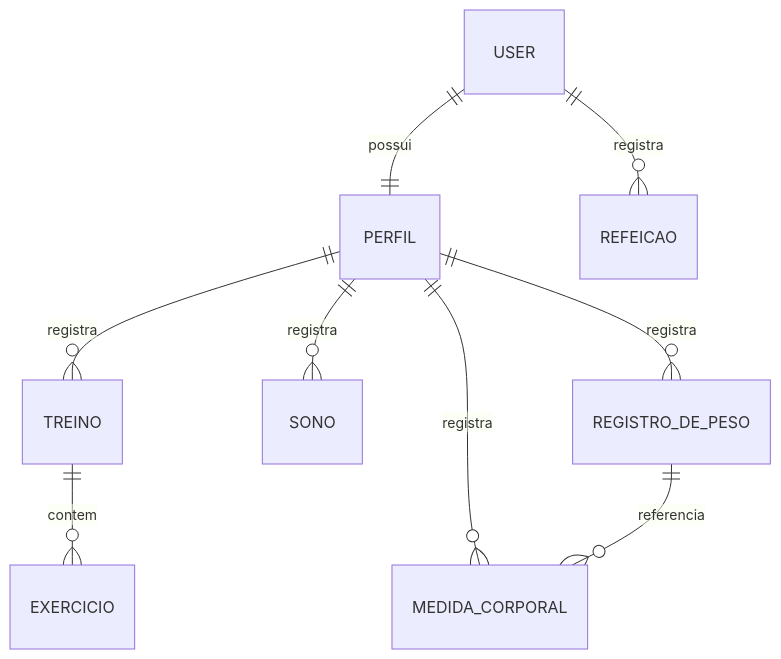
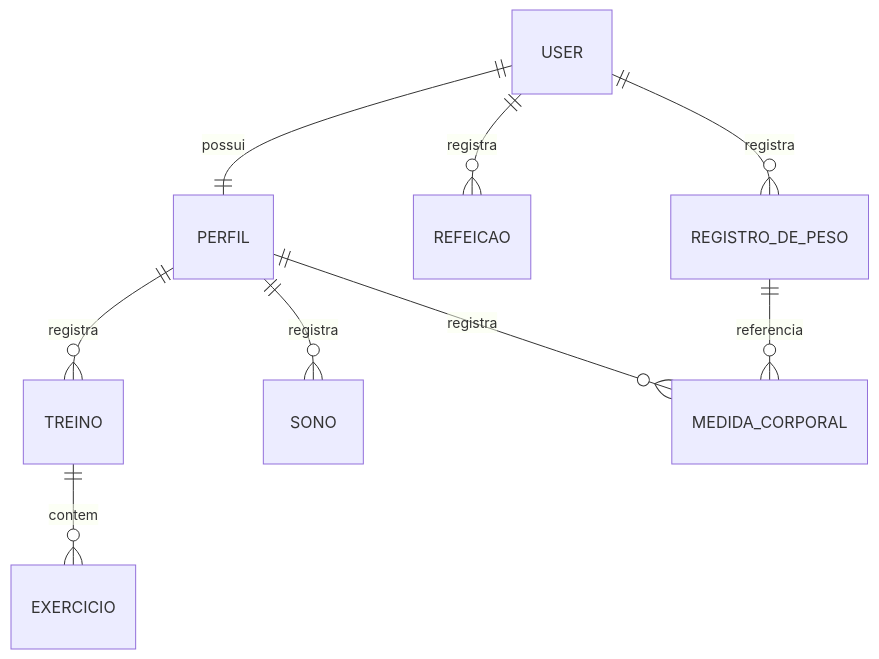
The diagram in docs/domain-model.md (licciardicarol/Pulse-Projeto), drawn with Mermaid before and after one commit. The commit also changed other lines of this file and 32 other files, not shown here.

Commit message:
Tela de registro de peso

````diff
--- a/docs/domain-model.md
+++ b/docs/domain-model.md
@@ -227,11 +236,11 @@
 ```mermaid
 erDiagram
     USER ||--|| PERFIL : possui
     PERFIL ||--o{ TREINO : registra
     TREINO ||--o{ EXERCICIO : contem
     PERFIL ||--o{ SONO : registra
     USER ||--o{ REFEICAO : registra
-    PERFIL ||--o{ REGISTRO_DE_PESO : registra
+    USER ||--o{ REGISTRO_DE_PESO : registra
     PERFIL ||--o{ MEDIDA_CORPORAL : registra
     REGISTRO_DE_PESO ||--o{ MEDIDA_CORPORAL : referencia
 ```
````
